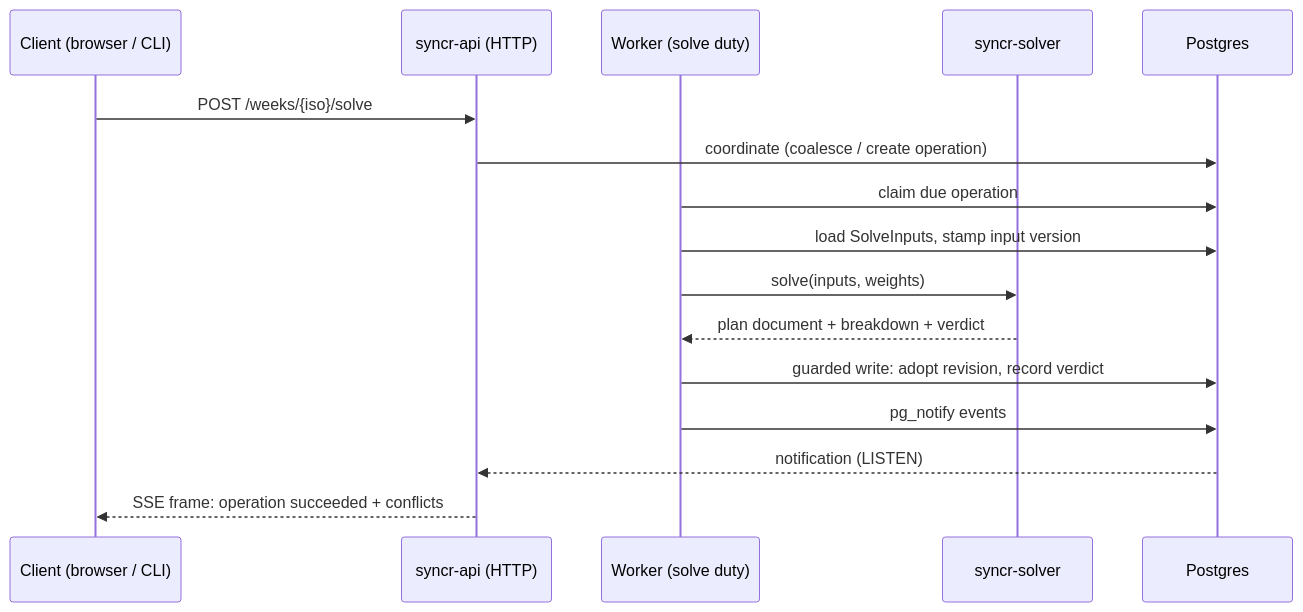
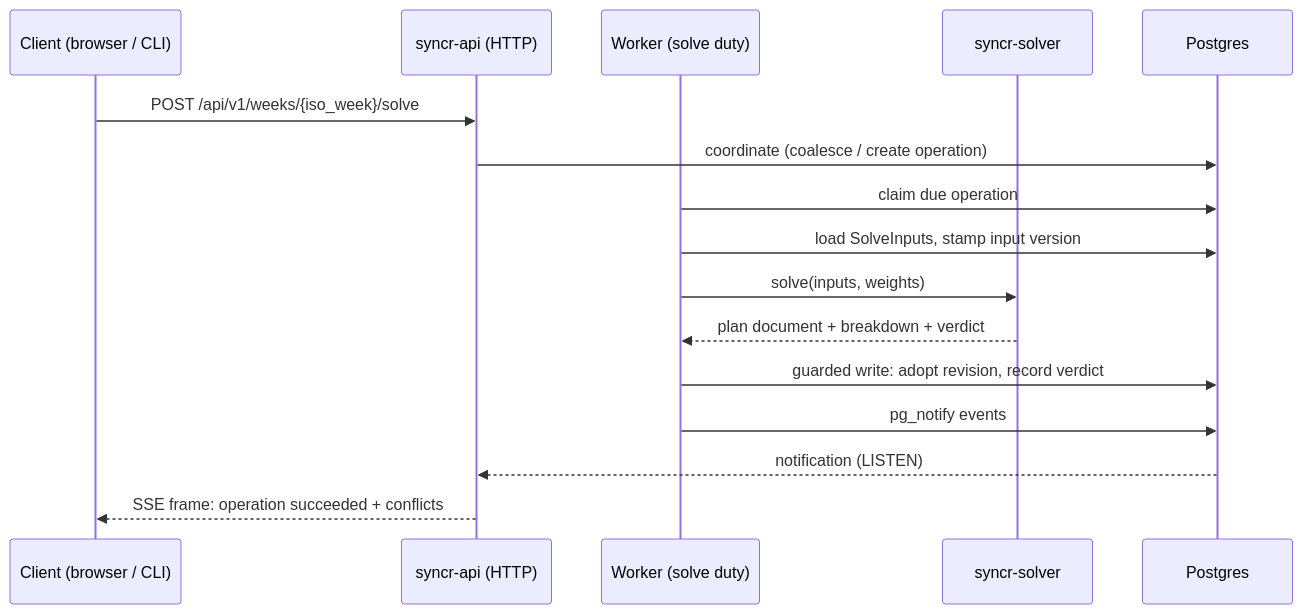
Before and after one commit to ItsThompson/syncr: the diagram in docs/architecture.md, drawn with Mermaid. The commit also changed other lines of this file, not shown here.

Commit message:
docs: drop the hardcoded monitoring service count and align the diagram route with prose

````diff
--- a/docs/architecture.md
+++ b/docs/architecture.md
@@ -38,19 +38,19 @@
 ```mermaid
 sequenceDiagram
     participant C as Client (browser / CLI)
     participant A as syncr-api (HTTP)
     participant W as Worker (solve duty)
     participant S as syncr-solver
     participant P as Postgres
 
-    C->>A: POST /weeks/{iso}/solve
+    C->>A: POST /api/v1/weeks/{iso_week}/solve
     A->>P: coordinate (coalesce / create operation)
     W->>P: claim due operation
     W->>P: load SolveInputs, stamp input version
     W->>S: solve(inputs, weights)
     S-->>W: plan document + breakdown + verdict
     W->>P: guarded write: adopt revision, record verdict
     W->>P: pg_notify events
     P-->>A: notification (LISTEN)
     A-->>C: SSE frame: operation succeeded + conflicts
 ```
````
